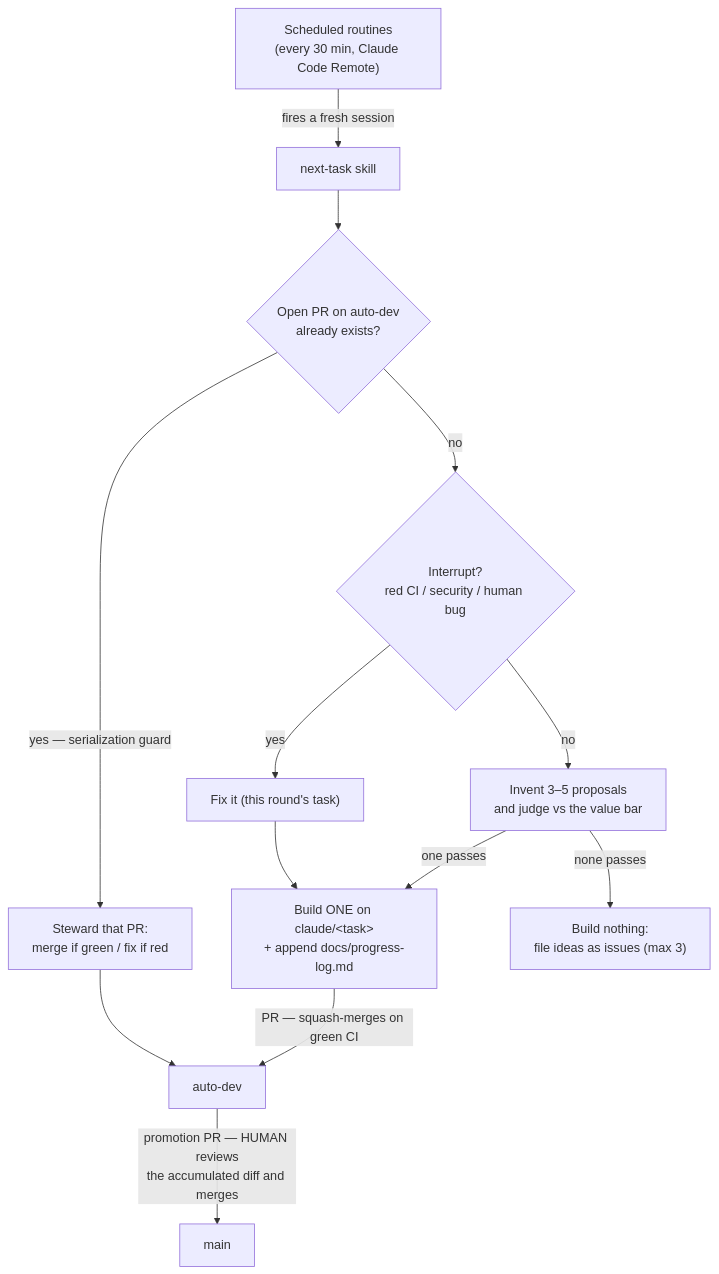
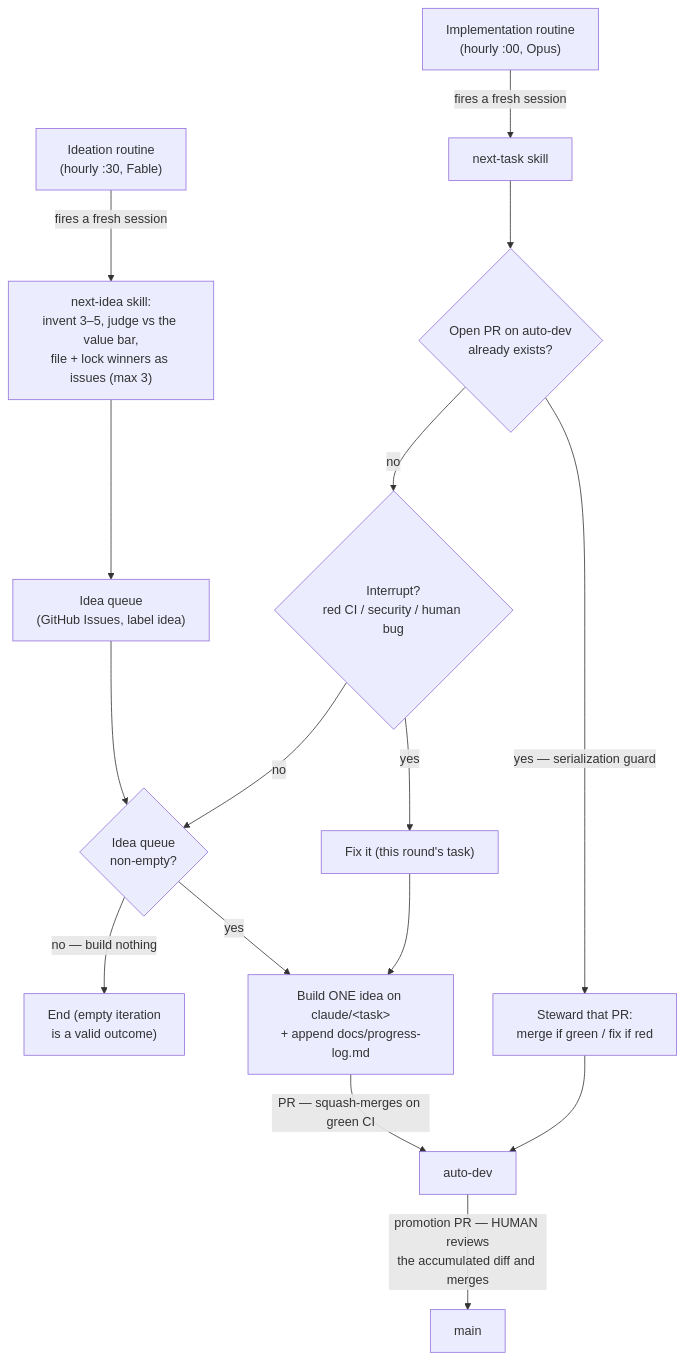
One commit to breaking-brake/cc-wf-studio changed the diagram in docs/task-automation.md. Above: the diagram before and after it, drawn with Mermaid. The commit also changed other lines of this file and 5 other files, not shown here.

First line of the commit message:
chore: split autonomous loop into ideation and implementation skills

````diff
--- a/docs/task-automation.md
+++ b/docs/task-automation.md
@@ -10,15 +13,18 @@
 ```mermaid
 flowchart TD
-    R["Scheduled routines<br>(every 30 min, Claude Code Remote)"] -->|fires a fresh session| NT["next-task skill"]
+    R1["Ideation routine<br>(hourly :30, Fable)"] -->|fires a fresh session| NI["next-idea skill:<br>invent 3–5, judge vs the value bar,<br>file + lock winners as issues (max 3)"]
+    NI --> Q["Idea queue<br>(GitHub Issues, label idea)"]
+    R2["Implementation routine<br>(hourly :00, Opus)"] -->|fires a fresh session| NT["next-task skill"]
     NT --> G{"Open PR on auto-dev<br>already exists?"}
     G -->|"yes — serialization guard"| S["Steward that PR:<br>merge if green / fix if red"]
     G -->|no| I{"Interrupt?<br>red CI / security / human bug"}
     I -->|yes| FIX["Fix it (this round's task)"]
-    I -->|no| V["Invent 3–5 proposals<br>and judge vs the value bar"]
-    V -->|one passes| B["Build ONE on claude/#lt;task#gt;<br>+ append docs/progress-log.md"]
-    V -->|none passes| E["Build nothing:<br>file ideas as issues (max 3)"]
+    I -->|no| P{"Idea queue<br>non-empty?"}
+    Q --> P
+    P -->|yes| B["Build ONE idea on claude/#lt;task#gt;<br>+ append docs/progress-log.md"]
+    P -->|"no — build nothing"| E["End (empty iteration<br>is a valid outcome)"]
     FIX --> B
     B -->|"PR — squash-merges on green CI"| AD["auto-dev"]
     S --> AD
     AD -->|"promotion PR — HUMAN reviews<br>the accumulated diff and merges"| M["main"]
 ```
````
